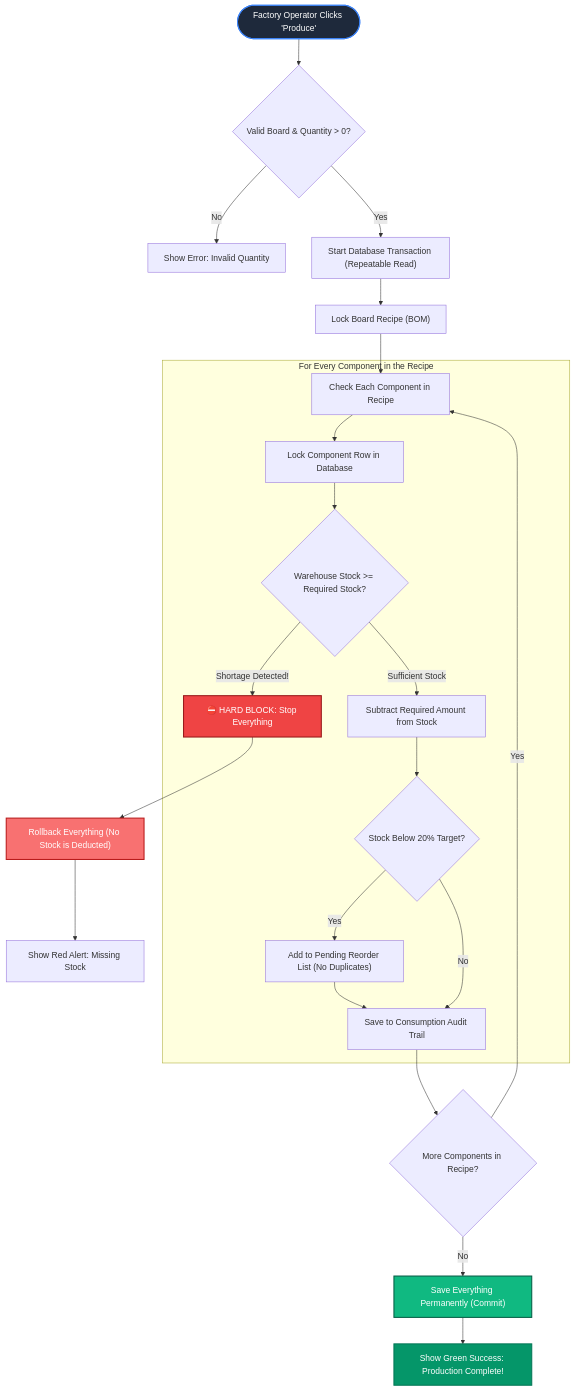
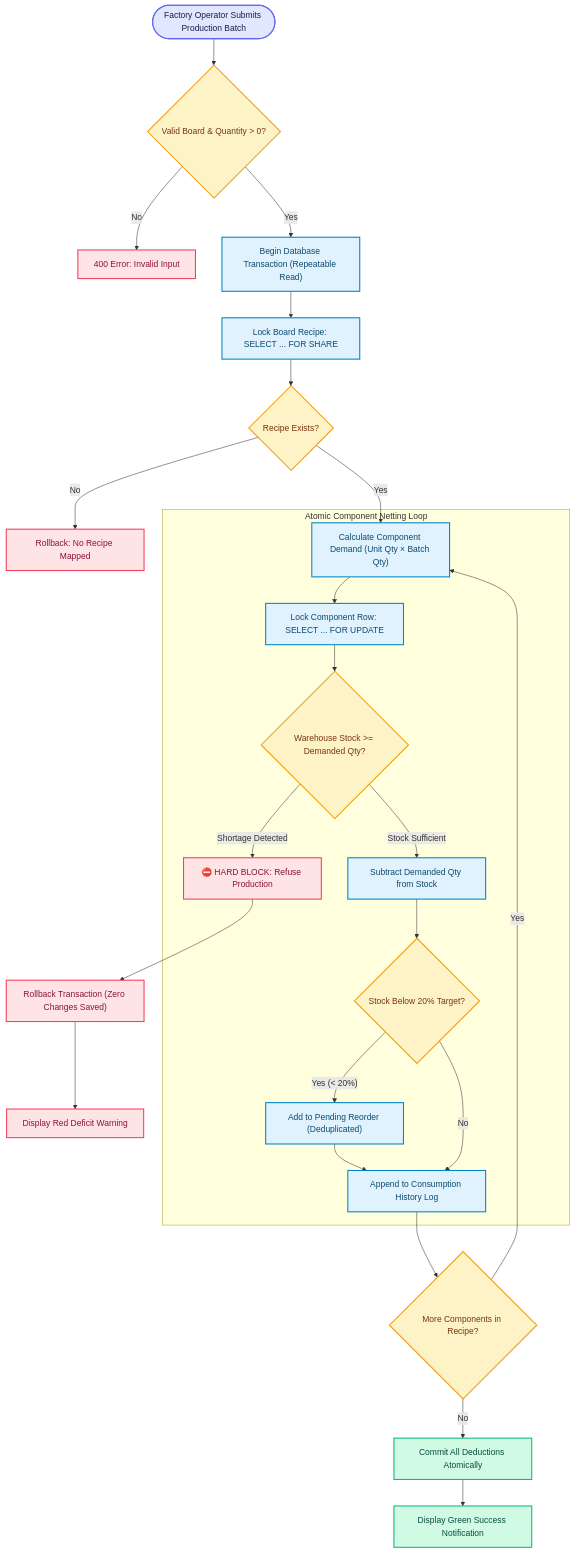
One commit to Parth-Chavan-15/Code_Blooded-Invictus26 changed the first of 3 diagrams in README.md. Above: the diagram before and after it, drawn with Mermaid. The commit also changed other lines of this file, not shown here.

Commit message:
docs: polish README with pastel flowcharts, collapsed diagrams, and streamlined testing playbook

````diff
--- a/README.md
+++ b/README.md
@@ -140,37 +141,45 @@
 ```mermaid
 flowchart TD
-    Start(["Factory Operator Clicks 'Produce'"]) --> CheckInputs{"Valid Board & Quantity > 0?"}
+    Start(["Factory Operator Submits Production Batch"]) --> ValidateInput{"Valid Board & Quantity > 0?"}
+    ValidateInput -- "No" --> StopBad["400 Error: Invalid Input"]
+    ValidateInput -- "Yes" --> BeginTx["Begin Database Transaction (Repeatable Read)"]
+
+    BeginTx --> LockBOM["Lock Board Recipe: SELECT ... FOR SHARE"]
+    LockBOM --> CheckRecipe{"Recipe Exists?"}
+    CheckRecipe -- "No" --> AbortNoBOM["Rollback: No Recipe Mapped"]
     
-    CheckInputs -- "No" --> StopBadInput["Show Error: Invalid Quantity"]
-    CheckInputs -- "Yes" --> StartTransaction["Start Database Transaction (Repeatable Read)"]
+    CheckRecipe -- "Yes" --> NettingLoop["Calculate Component Demand (Unit Qty × Batch Qty)"]
     
-    StartTransaction --> LockRecipe["Lock Board Recipe (BOM)"]
-    LockRecipe --> ForEachPart["Check Each Component in Recipe"]
-    
-    subgraph NettingLoop ["For Every Component in the Recipe"]
-        ForEachPart --> LockRow["Lock Component Row in Database"]
-        LockRow --> CompareStock{"Warehouse Stock >= Required Stock?"}
+    subgraph RowLock_Netting ["Atomic Component Netting Loop"]
+        NettingLoop --> LockComponent["Lock Component Row: SELECT ... FOR UPDATE"]
+        LockComponent --> CheckStock{"Warehouse Stock >= Demanded Qty?"}
         
-        CompareStock -- "Shortage Detected!" --> HitHardBlock["⛔ HARD BLOCK: Stop Everything"]
-        CompareStock -- "Sufficient Stock" --> Deduct["Subtract Required Amount from Stock"]
+        CheckStock -- "Shortage Detected" --> HardBlock["⛔ HARD BLOCK: Refuse Production"]
+        CheckStock -- "Stock Sufficient" --> DeductStock["Subtract Demanded Qty from Stock"]
         
-        Deduct --> CheckLow{"Stock Below 20% Target?"}
-        CheckLow -- "Yes" --> TriggerReorder["Add to Pending Reorder List (No Duplicates)"]
-        CheckLow -- "No" --> LogHistory["Save to Consumption Audit Trail"]
-        TriggerReorder --> LogHistory
+        DeductStock --> CheckThreshold{"Stock Below 20% Target?"}
+        CheckThreshold -- "Yes (< 20%)" --> AddTrigger["Add to Pending Reorder (Deduplicated)"]
+        CheckThreshold -- "No" --> LogHistory["Append to Consumption History Log"]
+        AddTrigger --> LogHistory
     end
-    
-    HitHardBlock --> Rollback["Rollback Everything (No Stock is Deducted)"]
-    Rollback --> ShowError["Show Red Alert: Missing Stock"]
-    
+
+    HardBlock --> Rollback["Rollback Transaction (Zero Changes Saved)"]
+    Rollback --> ErrorUI["Display Red Deficit Warning"]
+
     LogHistory --> MoreParts{"More Components in Recipe?"}
-    MoreParts -- "Yes" --> ForEachPart
-    MoreParts -- "No" --> CommitAll["Save Everything Permanently (Commit)"]
-    CommitAll --> Success["Show Green Success: Production Complete!"]
+    MoreParts -- "Yes" --> NettingLoop
+    MoreParts -- "No" --> CommitTx["Commit All Deductions Atomically"]
+    CommitTx --> SuccessUI["Display Green Success Notification"]
 
-    style Start fill:#1E293B,stroke:#3B82F6,stroke-width:2px,color:#FFFFFF
-    style HitHardBlock fill:#EF4444,stroke:#991B1B,stroke-width:2px,color:#FFFFFF
-    style Rollback fill:#F87171,stroke:#B91C1C,stroke-width:2px,color:#FFFFFF
-    style CommitAll fill:#10B981,stroke:#065F46,stroke-width:2px,color:#FFFFFF
-    style Success fill:#059669,stroke:#047857,stroke-width:2px,color:#FFFFFF
+    classDef startNode fill:#E0E7FF,stroke:#6366F1,stroke-width:2px,color:#1E1B4B;
+    classDef processNode fill:#E0F2FE,stroke:#0284C7,stroke-width:2px,color:#0C4A6E;
+    classDef decisionNode fill:#FEF3C7,stroke:#F59E0B,stroke-width:2px,color:#78350F;
+    classDef errorNode fill:#FFE4E6,stroke:#F43F5E,stroke-width:2px,color:#881337;
+    classDef successNode fill:#D1FAE5,stroke:#10B981,stroke-width:2px,color:#064E3B;
+
+    class Start startNode;
+    class BeginTx,LockBOM,NettingLoop,LockComponent,DeductStock,AddTrigger,LogHistory processNode;
+    class ValidateInput,CheckRecipe,CheckStock,CheckThreshold,MoreParts decisionNode;
+    class StopBad,AbortNoBOM,HardBlock,Rollback,ErrorUI errorNode;
+    class CommitTx,SuccessUI successNode;
 ```
````
